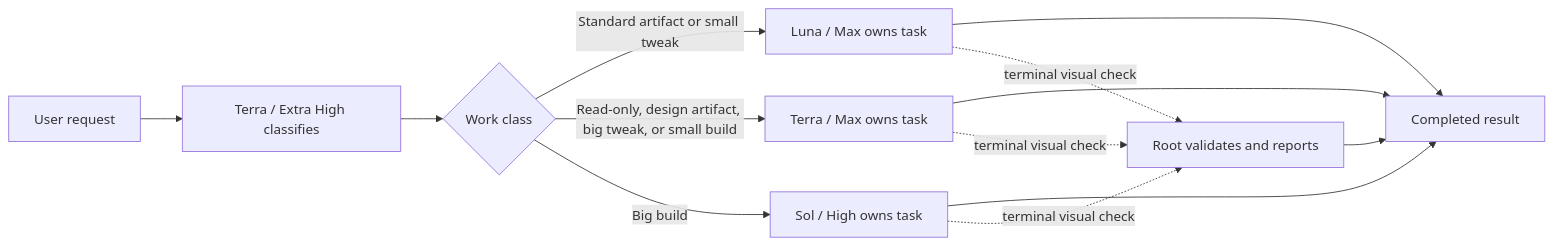
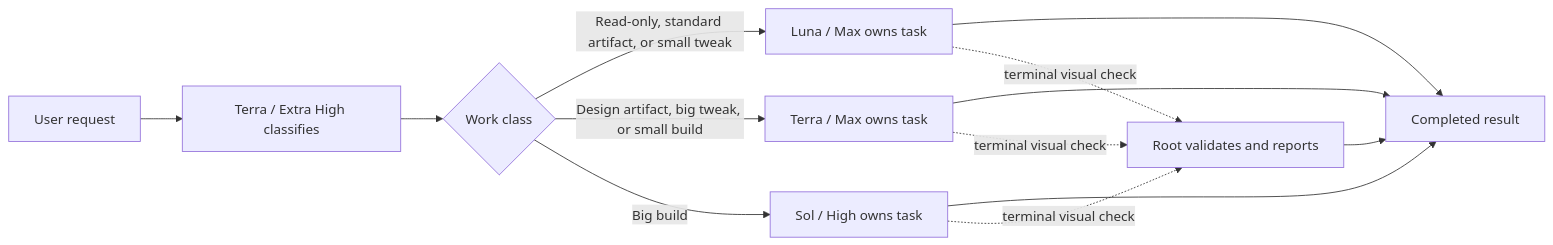
One commit to jessejaffe/codex-orchestration changed the diagram in README.md. Above: the diagram before and after it, drawn with Mermaid. The commit also changed other lines of this file and 9 other files, not shown here.

````diff
--- a/README.md
+++ b/README.md
@@ -15,15 +14,15 @@
 ```mermaid
 flowchart LR
     U["User request"] --> C["Terra / Extra High classifies"]
     C --> R{"Work class"}
-    R -->|"Standard artifact or small tweak"| L["Luna / Max owns task"]
-    R -->|"Read-only, design artifact, big tweak, or small build"| T["Terra / Max owns task"]
+    R -->|"Read-only, standard artifact, or small tweak"| L["Luna / Max owns task"]
+    R -->|"Design artifact, big tweak, or small build"| T["Terra / Max owns task"]
     R -->|"Big build"| S["Sol / High owns task"]
     L --> D["Completed result"]
     T --> D
     S --> D
     L -. "terminal visual check" .-> V["Root validates and reports"]
     T -. "terminal visual check" .-> V
     S -. "terminal visual check" .-> V
     V --> D
 ```
````
